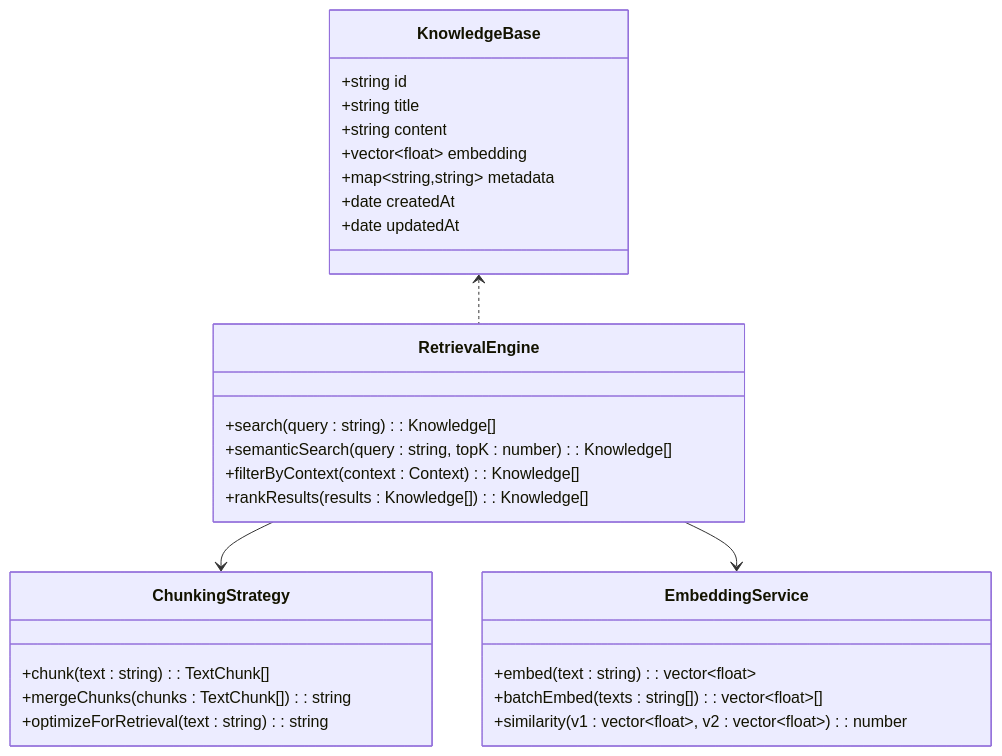
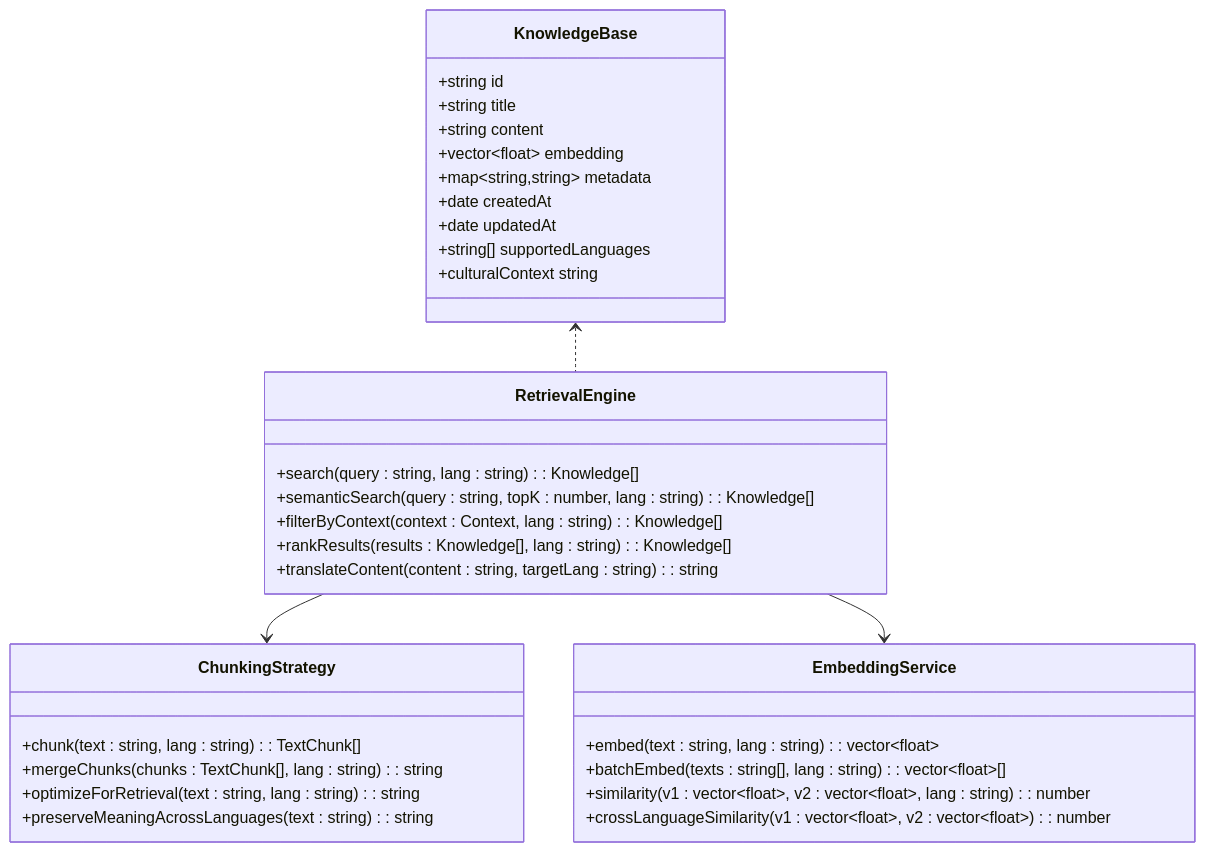
Before and after one commit to alibaba-hackathon-fsi/frontend-vaya: the fourth of 9 diagrams in .qoder/repowiki/en/content/Chat Interface/AI Processing Engine.md, drawn with Mermaid. The commit also changed other lines of this file and 36 other files, not shown here.

````diff
--- a/.qoder/repowiki/en/content/Chat Interface/AI Processing Engine.md
+++ b/.qoder/repowiki/en/content/Chat Interface/AI Processing Engine.md
@@ -287,31 +311,36 @@
 ```mermaid
 classDiagram
 class KnowledgeBase {
 +string id
 +string title
 +string content
 +vector~float~ embedding
 +map~string,string~ metadata
 +date createdAt
 +date updatedAt
++string[] supportedLanguages
++culturalContext string
 }
 class RetrievalEngine {
-+search(query : string) : Knowledge[]
-+semanticSearch(query : string, topK : number) : Knowledge[]
-+filterByContext(context : Context) : Knowledge[]
-+rankResults(results : Knowledge[]) : Knowledge[]
++search(query : string, lang : string) : Knowledge[]
++semanticSearch(query : string, topK : number, lang : string) : Knowledge[]
++filterByContext(context : Context, lang : string) : Knowledge[]
++rankResults(results : Knowledge[], lang : string) : Knowledge[]
++translateContent(content : string, targetLang : string) : string
 }
 class ChunkingStrategy {
-+chunk(text : string) : TextChunk[]
-+mergeChunks(chunks : TextChunk[]) : string
-+optimizeForRetrieval(text : string) : string
++chunk(text : string, lang : string) : TextChunk[]
++mergeChunks(chunks : TextChunk[], lang : string) : string
++optimizeForRetrieval(text : string, lang : string) : string
++preserveMeaningAcrossLanguages(text : string) : string
 }
 class EmbeddingService {
-+embed(text : string) : vector~float~
-+batchEmbed(texts : string[]) : vector~float~[]
-+similarity(v1 : vector~float~, v2 : vector~float~) : number
++embed(text : string, lang : string) : vector~float~
++batchEmbed(texts : string[], lang : string) : vector~float~[]
++similarity(v1 : vector~float~, v2 : vector~float~, lang : string) : number
++crossLanguageSimilarity(v1 : vector~float~, v2 : vector~float~) : number
 }
 KnowledgeBase <.. RetrievalEngine
 RetrievalEngine --> ChunkingStrategy
 RetrievalEngine --> EmbeddingService
 ```
````
